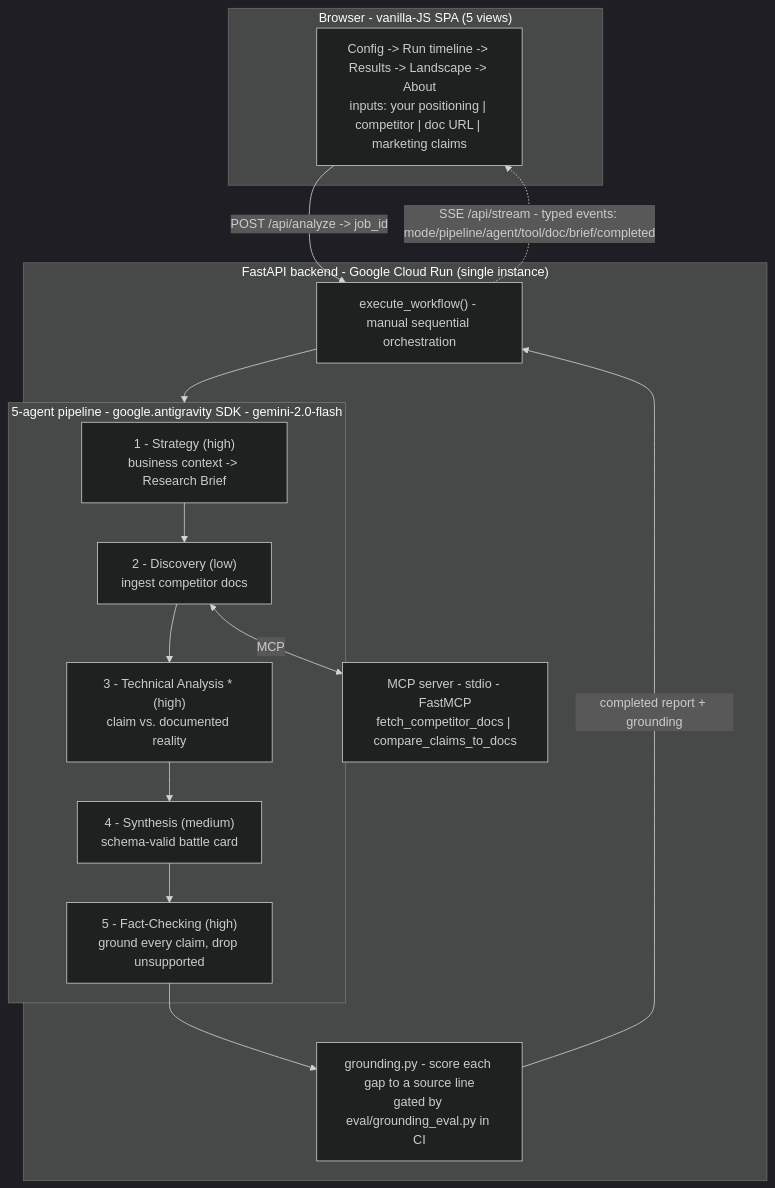
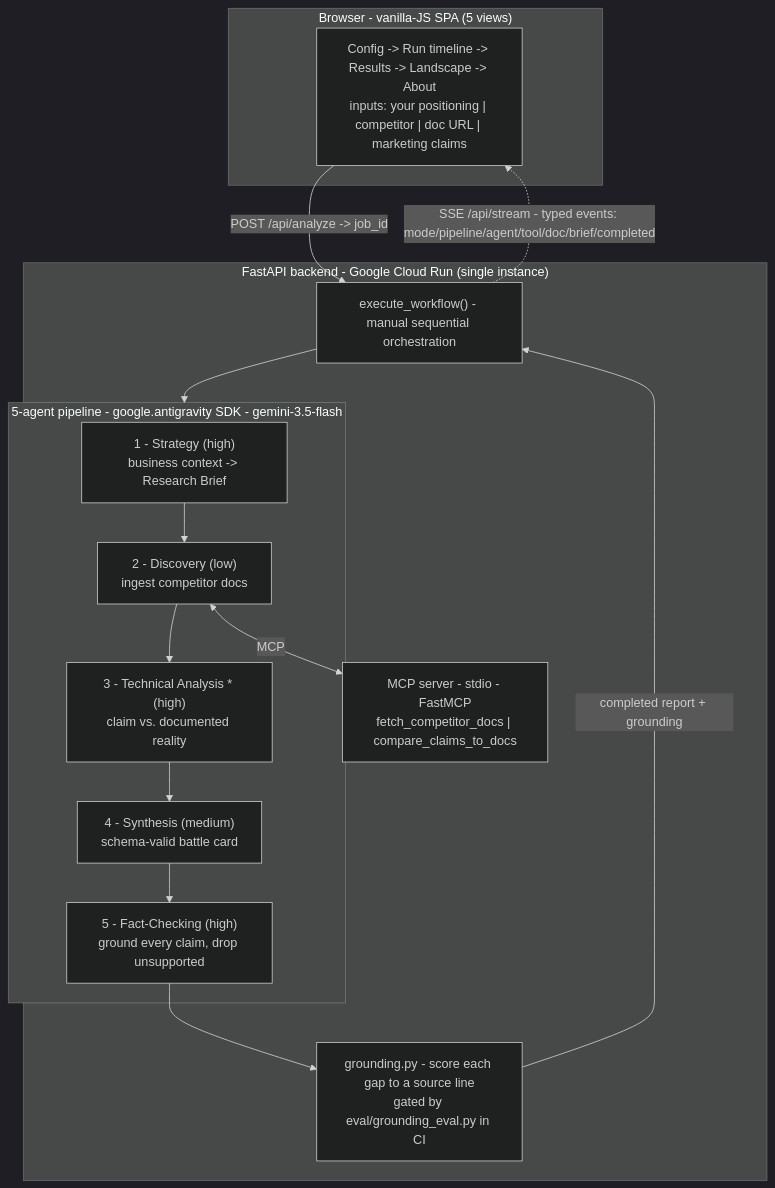
Before and after one commit to msdanyg/vibeci: the first of 2 diagrams in README.md, drawn with Mermaid (dark theme). The commit also changed other lines of this file and 5 other files, not shown here.

First line of the commit message:
Fix retired model id: gemini-2.0-flash → gemini-3.5-flash

````diff
--- a/README.md
+++ b/README.md
@@ -53,27 +53,27 @@
 ```mermaid
 flowchart TB
     subgraph BROWSER["Browser - vanilla-JS SPA (5 views)"]
         UI["Config -> Run timeline -> Results -> Landscape -> About<br/>inputs: your positioning | competitor | doc URL | marketing claims"]
     end
 
     subgraph BACKEND["FastAPI backend - Google Cloud Run (single instance)"]
         API["execute_workflow() - manual sequential orchestration"]
-        subgraph PIPE["5-agent pipeline - google.antigravity SDK - gemini-2.0-flash"]
+        subgraph PIPE["5-agent pipeline - google.antigravity SDK - gemini-3.5-flash"]
             S["1 - Strategy (high)<br/>business context -> Research Brief"]
             D["2 - Discovery (low)<br/>ingest competitor docs"]
             A["3 - Technical Analysis * (high)<br/>claim vs. documented reality"]
             Y["4 - Synthesis (medium)<br/>schema-valid battle card"]
             C["5 - Fact-Checking (high)<br/>ground every claim, drop unsupported"]
             S --> D --> A --> Y --> C
         end
         MCP["MCP server - stdio - FastMCP<br/>fetch_competitor_docs | compare_claims_to_docs"]
         GROUND["grounding.py - score each gap to a source line<br/>gated by eval/grounding_eval.py in CI"]
         API --> PIPE
         D <-->|MCP| MCP
         C --> GROUND
     end
 
     UI -->|"POST /api/analyze -> job_id"| API
     GROUND -->|"completed report + grounding"| API
     API -.->|"SSE /api/stream - typed events: mode/pipeline/agent/tool/doc/brief/completed"| UI
 ```
````
